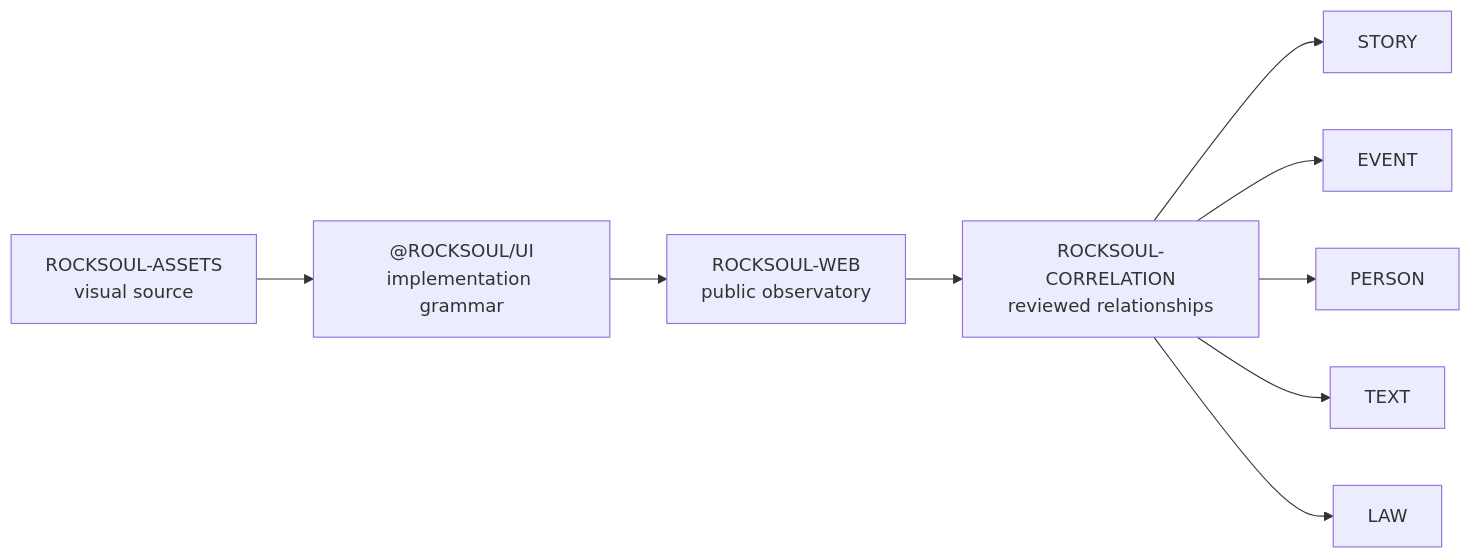
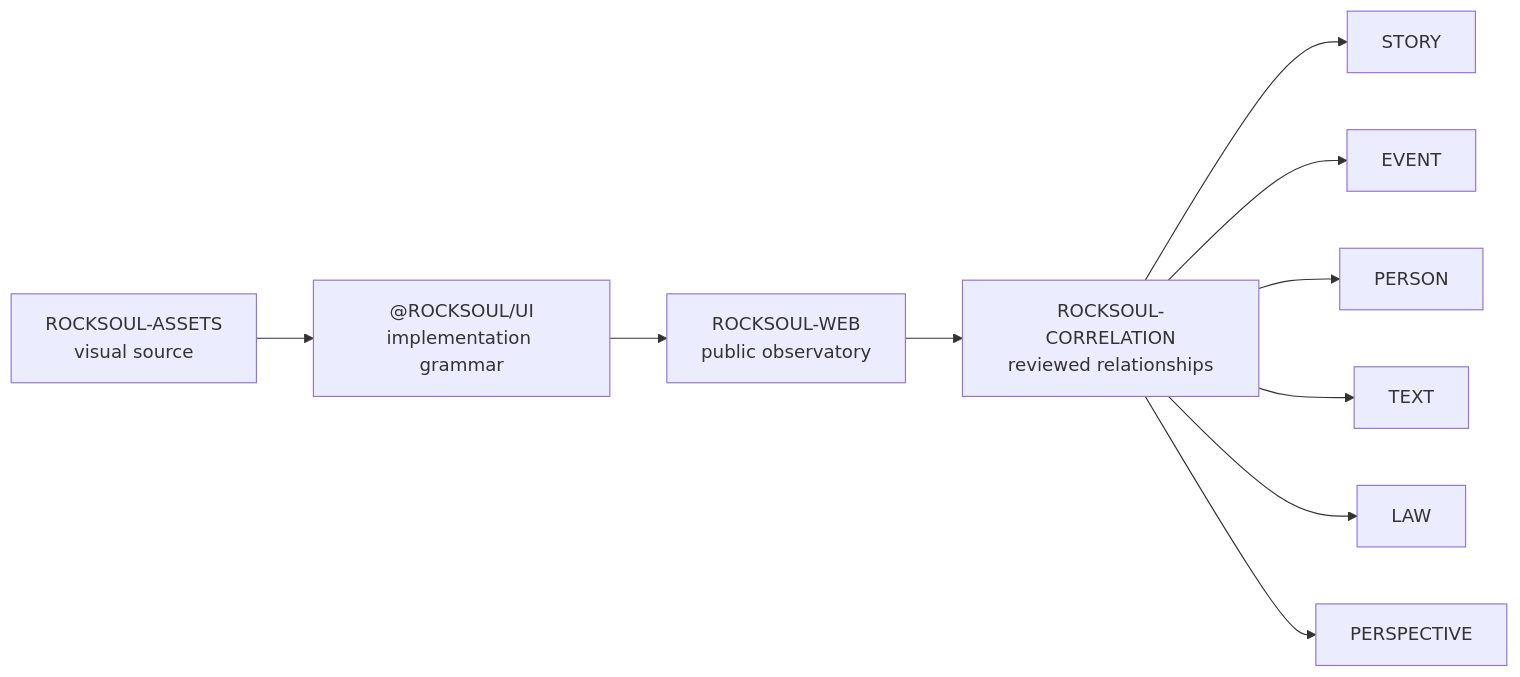
Before and after one commit to bjo163/rocksoul-web: the diagram in README.md, drawn with Mermaid. The commit also changed other lines of this file, not shown here.

````diff
--- a/README.md
+++ b/README.md
@@ -28,11 +28,12 @@
 ```mermaid
 flowchart LR
     A["ROCKSOUL-ASSETS\nvisual source"] --> U["@ROCKSOUL/UI\nimplementation grammar"]
     U --> W["ROCKSOUL-WEB\npublic observatory"]
     W --> C["ROCKSOUL-CORRELATION\nreviewed relationships"]
     C --> S["STORY"]
     C --> E["EVENT"]
     C --> P["PERSON"]
     C --> T["TEXT"]
     C --> L["LAW"]
+    C --> J["PERSPECTIVE"]
 ```
````
